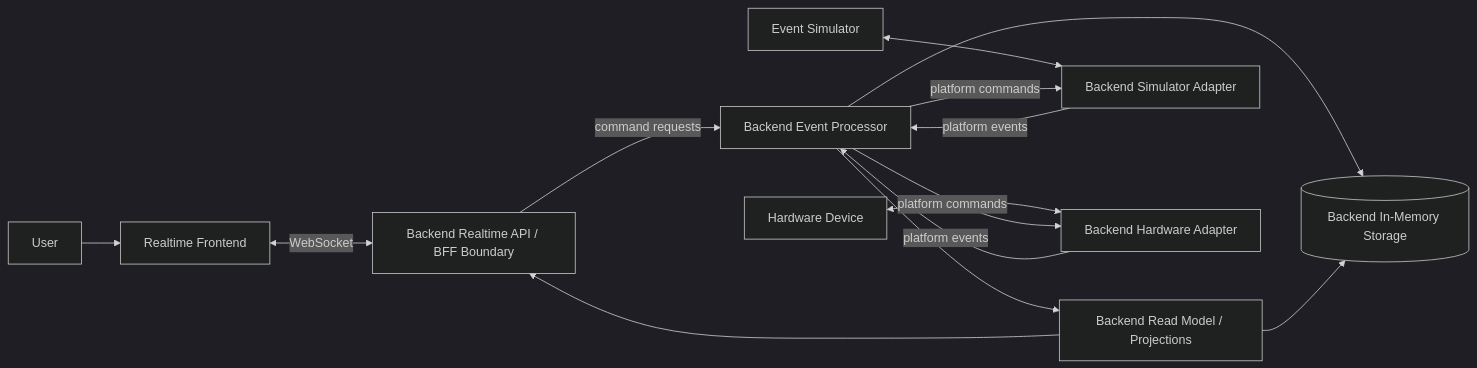
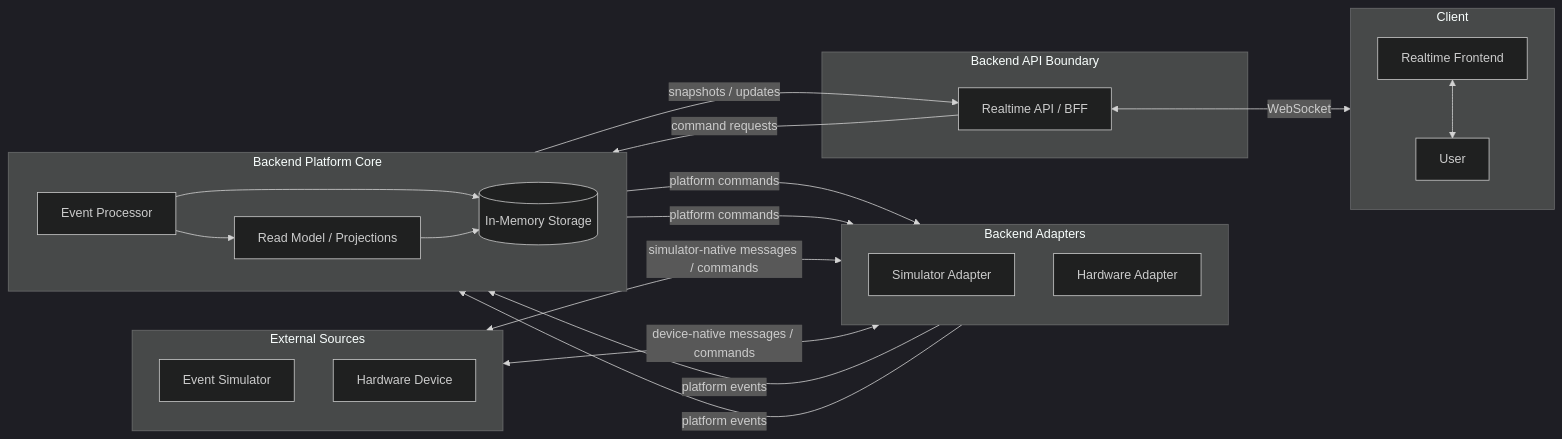
Before and after one commit to SzymonAntczak/smart-room-realtime-control-platform: the diagram in docs/architecture/system-context.md, drawn with Mermaid (dark theme).

Commit message:
Clarify system context diagram layout

````diff
--- a/docs/architecture/system-context.md
+++ b/docs/architecture/system-context.md
@@ -6,16 +6,49 @@
 ```mermaid
 flowchart LR
-    user[User] --> ui[Realtime Frontend]
-    ui <-->|WebSocket| api[Backend Realtime API / BFF Boundary]
-    readModel[Backend Read Model / Projections] --> api
+    subgraph external[External Sources]
+        direction TB
+        simulator[Event Simulator]
+        hardware[Hardware Device]
+    end
+
+    subgraph adapters[Backend Adapters]
+        direction TB
+        simAdapter[Simulator Adapter]
+        hardwareAdapter[Hardware Adapter]
+    end
+
+    subgraph platform[Backend Platform Core]
+        direction LR
+        processor[Event Processor]
+        readModel[Read Model / Projections]
+        storage[(In-Memory Storage)]
+
+        processor --> readModel
+        processor --> storage
+        readModel --> storage
+    end
+
+    subgraph apiBoundary[Backend API Boundary]
+        api[Realtime API / BFF]
+    end
+
+    subgraph client[Client]
+        direction TB
+        ui[Realtime Frontend]
+        user[User]
+    end
+
+    simulator <-->|simulator-native messages / commands| simAdapter
+    hardware <-->|device-native messages / commands| hardwareAdapter
+
+    simAdapter -->|platform events| processor
+    hardwareAdapter -->|platform events| processor
+
+    readModel -->|snapshots / updates| api
+    api <-->|WebSocket| ui
+    ui <--> user
+
     api -->|command requests| processor
-    processor[Backend Event Processor] --> readModel
-    processor --> storage[(Backend In-Memory Storage)]
-    readModel --> storage
-    simulator[Event Simulator] <--> simAdapter[Backend Simulator Adapter]
-    simAdapter -->|platform events| processor
     processor -->|platform commands| simAdapter
-    hardware[Hardware Device] <--> hardwareAdapter[Backend Hardware Adapter]
-    hardwareAdapter -->|platform events| processor
     processor -->|platform commands| hardwareAdapter
 ```
````
